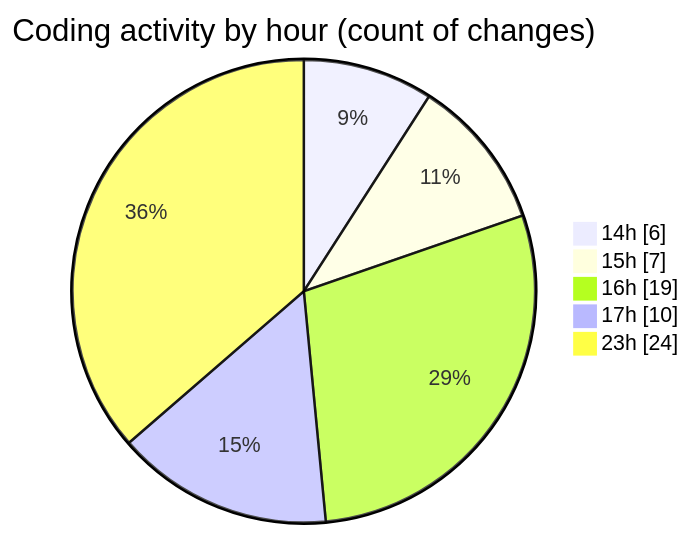
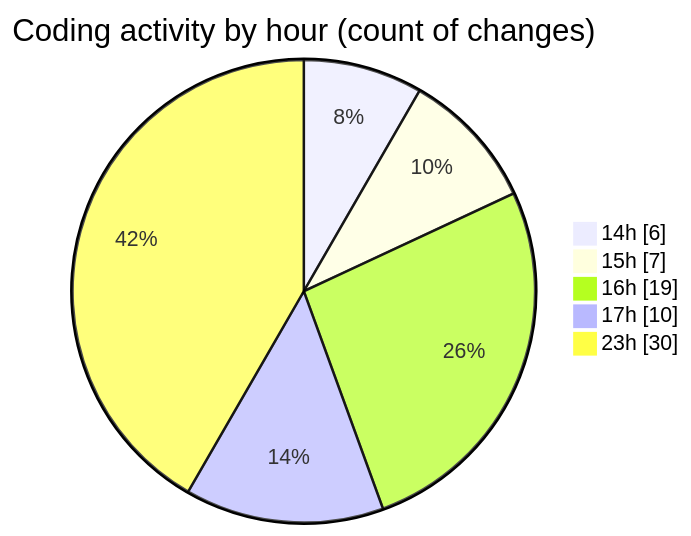
Before and after one commit to igalym/code-tracking: the second of 2 diagrams in 2026-03-30/cinema/README.md, drawn with Mermaid. The commit also changed other lines of this file and 1 other file, not shown here.

````diff
--- a/2026-03-30/cinema/README.md
+++ b/2026-03-30/cinema/README.md
@@ -45,9 +45,9 @@
 ```mermaid
 pie showData
 title Coding activity by hour (count of changes)
 "14h" : 6
 "15h" : 7
 "16h" : 19
 "17h" : 10
-"23h" : 24
+"23h" : 30
 ```
````
